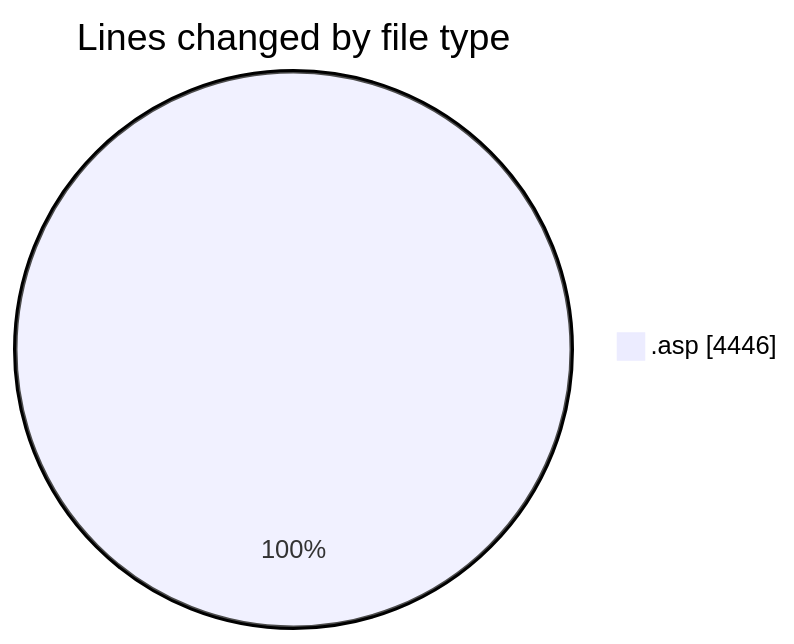
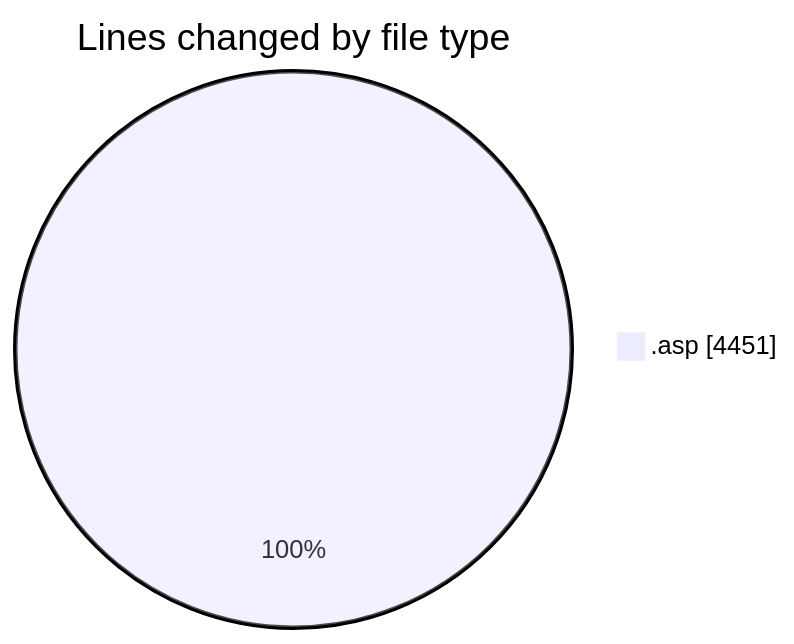
The first of 2 diagrams in 2025-10-17/cdp_aleoudev_fr__workspace_/README.md (julien-gomy/code-tracking), drawn with Mermaid before and after one commit. The commit also changed other lines of this file and 1 other file, not shown here.

````diff
--- a/2025-10-17/cdp_aleoudev_fr__workspace_/README.md
+++ b/2025-10-17/cdp_aleoudev_fr__workspace_/README.md
@@ -24,5 +24,5 @@
 ```mermaid
 pie showData
 title Lines changed by file type
-".asp" : 4446
+".asp" : 4451
 ```
````
